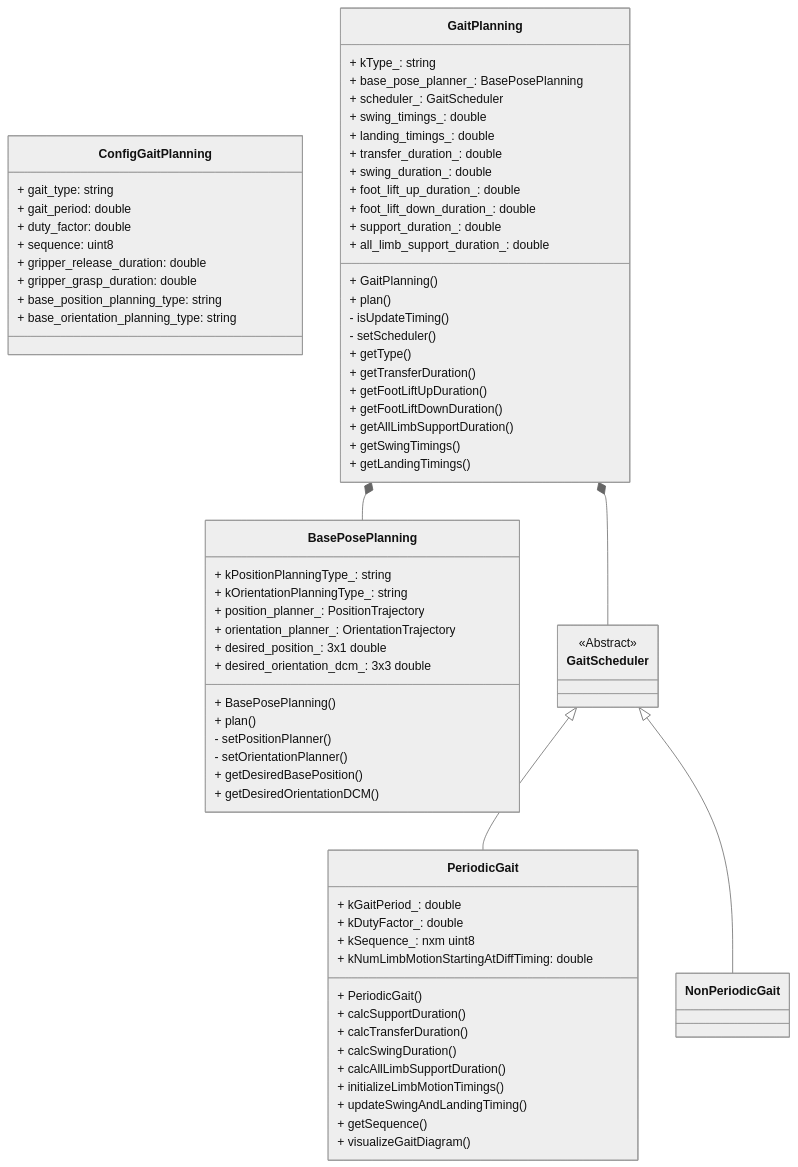
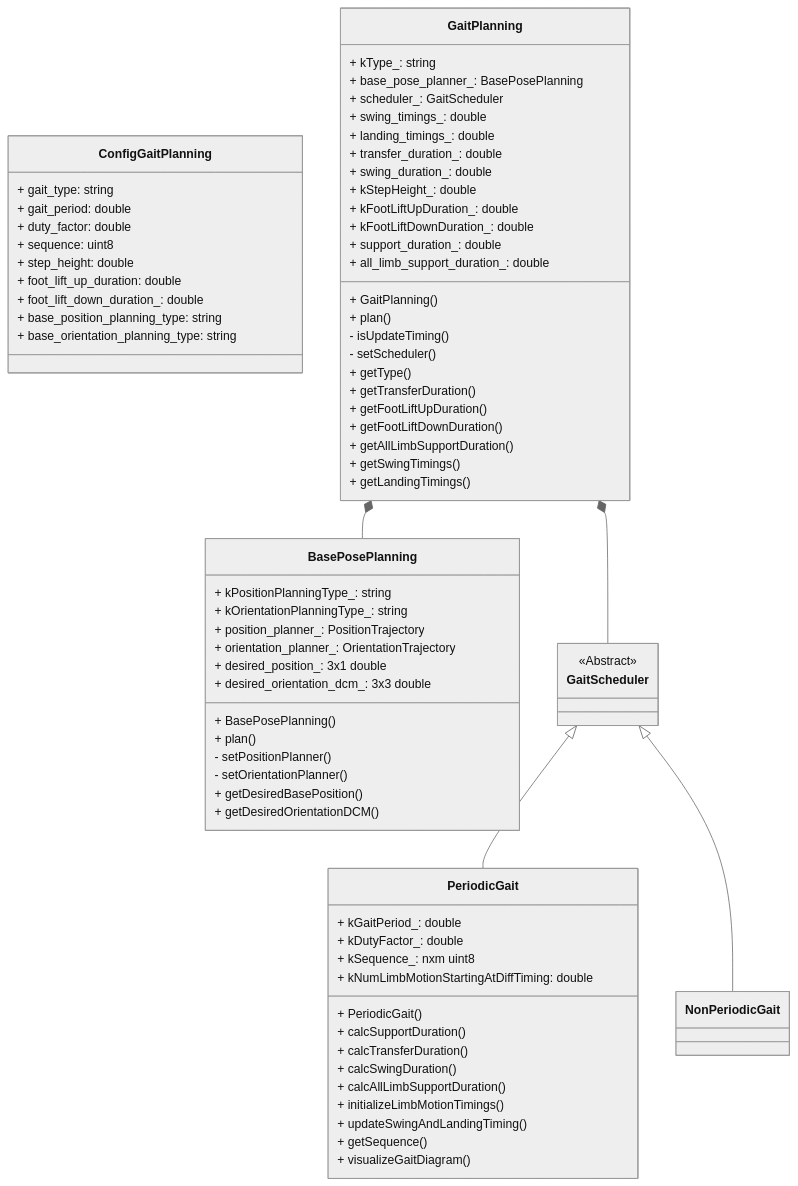
Before and after one commit to Space-Robotics-Laboratory/ClimbLab: the diagram in src/planning_and_control/high_level_controller/gait_planning/gait_planning_class_design.md, drawn with Mermaid (neutral theme). The commit also changed 6 other files, not shown here.

Commit message:
Move step_height from foothold planning to gait planning

```diff
--- a/src/planning_and_control/high_level_controller/gait_planning/gait_planning_class_design.md
+++ b/src/planning_and_control/high_level_controller/gait_planning/gait_planning_class_design.md
@@ -8,8 +8,9 @@
     + gait_period: double
     + duty_factor: double
     + sequence: uint8
-    + gripper_release_duration: double
-    + gripper_grasp_duration: double
+    + step_height: double
+    + foot_lift_up_duration: double
+    + foot_lift_down_duration_: double
     + base_position_planning_type: string
     + base_orientation_planning_type: string
   }
@@ -22,8 +23,9 @@
     + landing_timings_: double
     + transfer_duration_: double
     + swing_duration_: double
-    + foot_lift_up_duration_: double
-    + foot_lift_down_duration_: double
+    + kStepHeight_: double
+    + kFootLiftUpDuration_: double
+    + kFootLiftDownDuration_: double
     + support_duration_: double
     + all_limb_support_duration_: double
 
```
